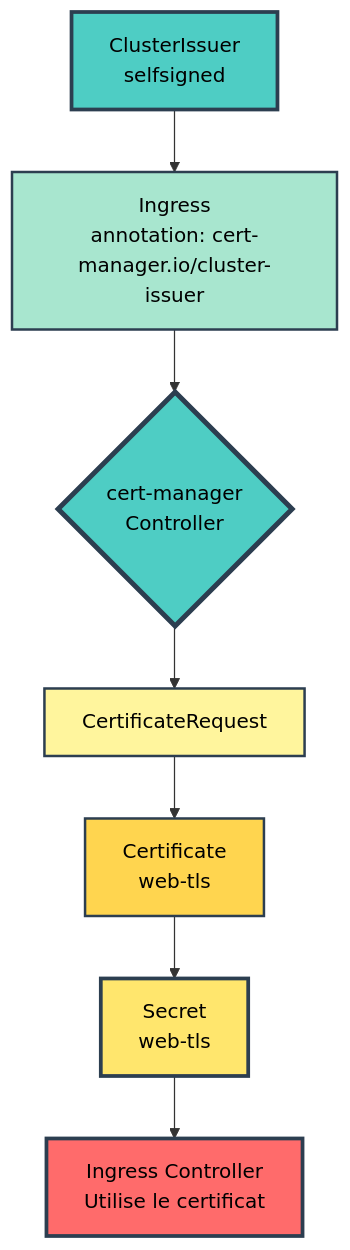
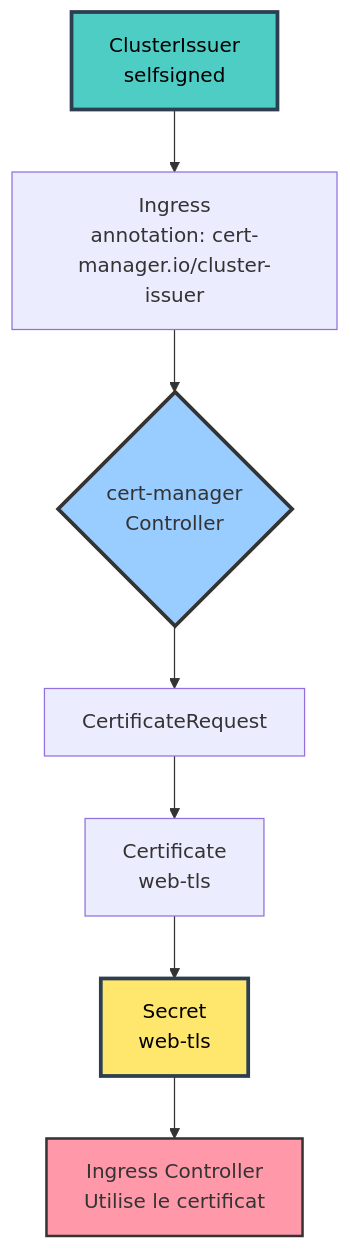
The fourth of 9 diagrams in docs/ARCHITECTURE.md (MPFabio/S4-Ingress-TLS-Config-Secrets), drawn with Mermaid before and after one commit. The commit also changed other lines of this file, not shown here.

Commit message:
Application couleurs modernes sur ARCHITECTURE.md S4

````diff
--- a/docs/ARCHITECTURE.md
+++ b/docs/ARCHITECTURE.md
@@ -101,17 +93,14 @@
 ```mermaid
 flowchart TB
     A[ClusterIssuer<br/>selfsigned] --> B[Ingress<br/>annotation: cert-manager.io/cluster-issuer]
     B --> C{cert-manager<br/>Controller}
     C --> D[CertificateRequest]
     D --> E[Certificate<br/>web-tls]
     E --> F[Secret<br/>web-tls]
     F --> G[Ingress Controller<br/>Utilise le certificat]
     
     style A fill:#4ECDC4,stroke:#2C3E50,stroke-width:3px,color:#000
-    style C fill:#4ECDC4,stroke:#2C3E50,stroke-width:4px,color:#000
+    style C fill:#9cf,stroke:#333,stroke-width:3px
     style F fill:#FFE66D,stroke:#2C3E50,stroke-width:3px,color:#000
-    style G fill:#FF6B6B,stroke:#2C3E50,stroke-width:3px,color:#000
-    style B fill:#A8E6CF,stroke:#2C3E50,stroke-width:2px,color:#000
-    style D fill:#FFF59D,stroke:#2C3E50,stroke-width:2px,color:#000
-    style E fill:#FFD54F,stroke:#2C3E50,stroke-width:2px,color:#000
+    style G fill:#f9a,stroke:#333,stroke-width:2px
 ```
````
